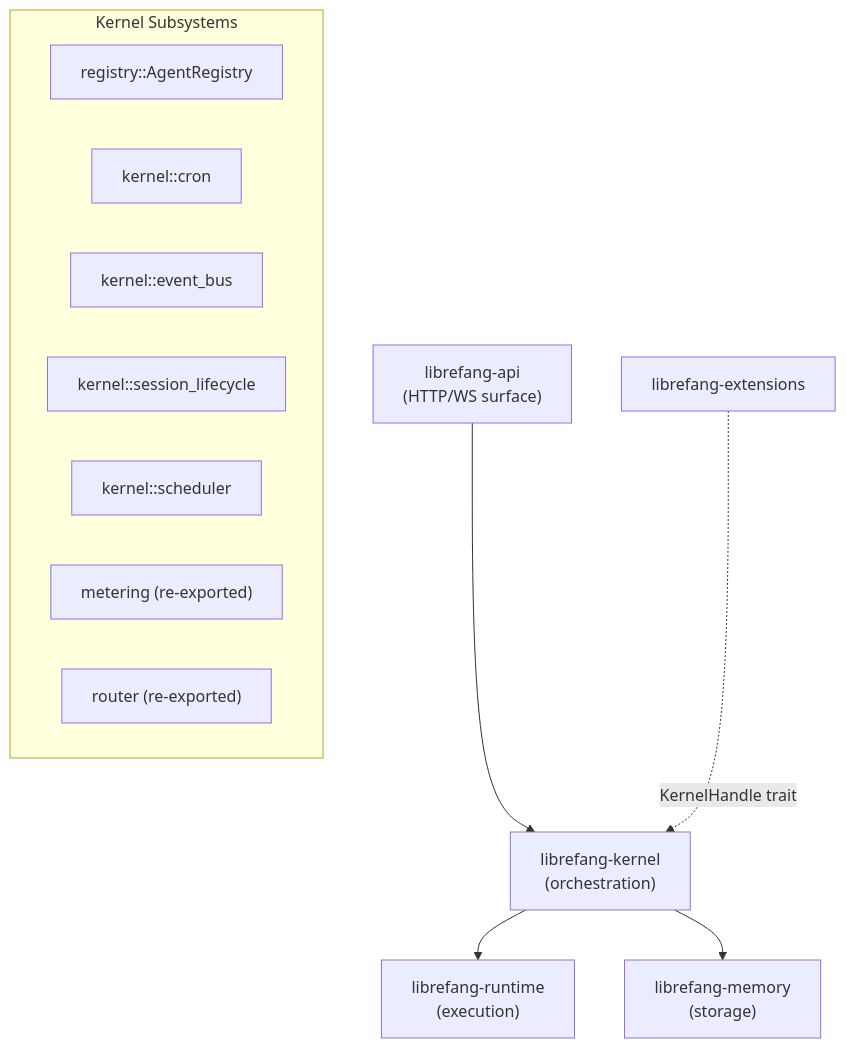
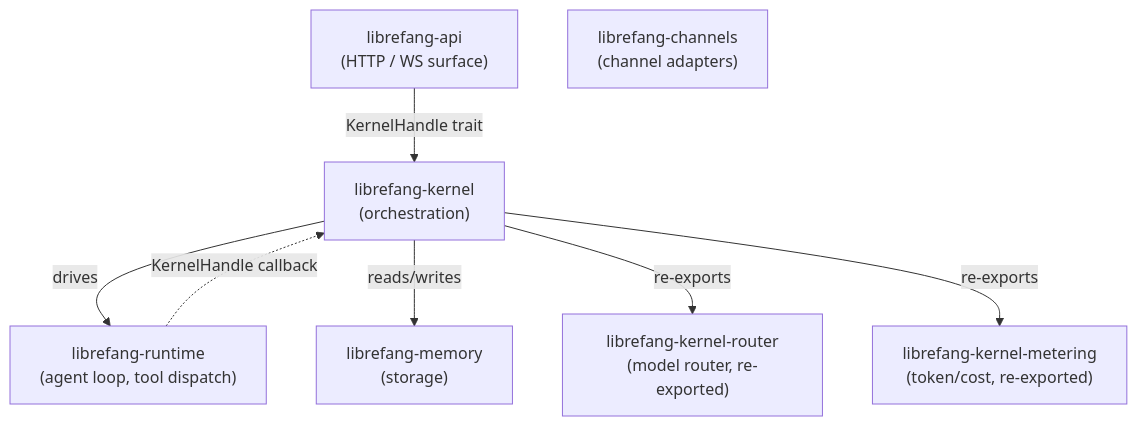
One commit to leszek3737/librefang-WIki changed the diagram in other-librefang-kernel.md. Above: the diagram before and after it, drawn with Mermaid. The commit also changed other lines of this file and 128 other files, not shown here.

````diff
--- a/other-librefang-kernel.md
+++ b/other-librefang-kernel.md
@@ -9,23 +9,17 @@
 ```mermaid
 graph TD
-    API["librefang-api<br/>(HTTP/WS surface)"]
+    API["librefang-api<br/>(HTTP / WS surface)"]
     K["librefang-kernel<br/>(orchestration)"]
-    RT["librefang-runtime<br/>(execution)"]
+    RT["librefang-runtime<br/>(agent loop, tool dispatch)"]
     MEM["librefang-memory<br/>(storage)"]
-    EXT["librefang-extensions"]
+    CH["librefang-channels<br/>(channel adapters)"]
+    KR["librefang-kernel-router<br/>(model router, re-exported)"]
+    KM["librefang-kernel-metering<br/>(token/cost, re-exported)"]
 
-    API --> K
-    K --> RT
-    K --> MEM
-    EXT -.->|KernelHandle trait| K
-
-    subgraph Kernel Subsystems
-        REG["registry::AgentRegistry"]
-        CRON["kernel::cron"]
-        EV["kernel::event_bus"]
-        SL["kernel::session_lifecycle"]
-        SCH["kernel::scheduler"]
-        M["metering (re-exported)"]
-        R["router (re-exported)"]
-    end
+    API -->|"KernelHandle trait"| K
+    K -->|drives| RT
+    K -->|reads/writes| MEM
+    K -->|re-exports| KR
+    K -->|re-exports| KM
+    RT -.->|"KernelHandle callback"| K
 ```
````
